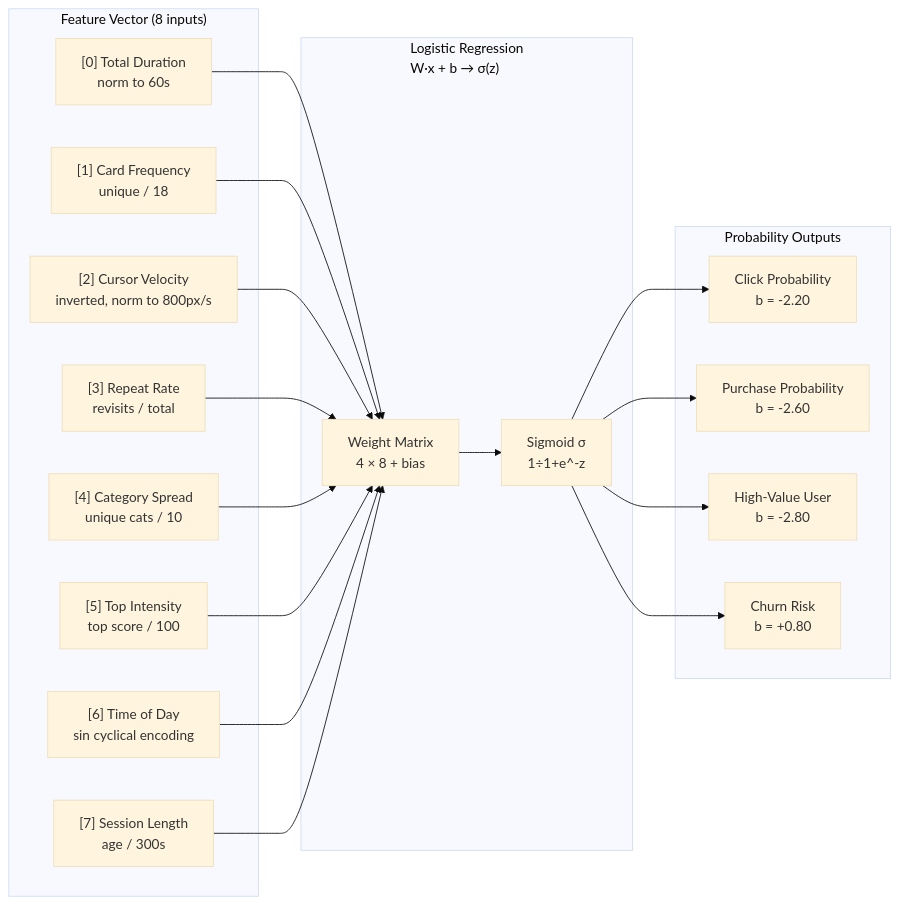
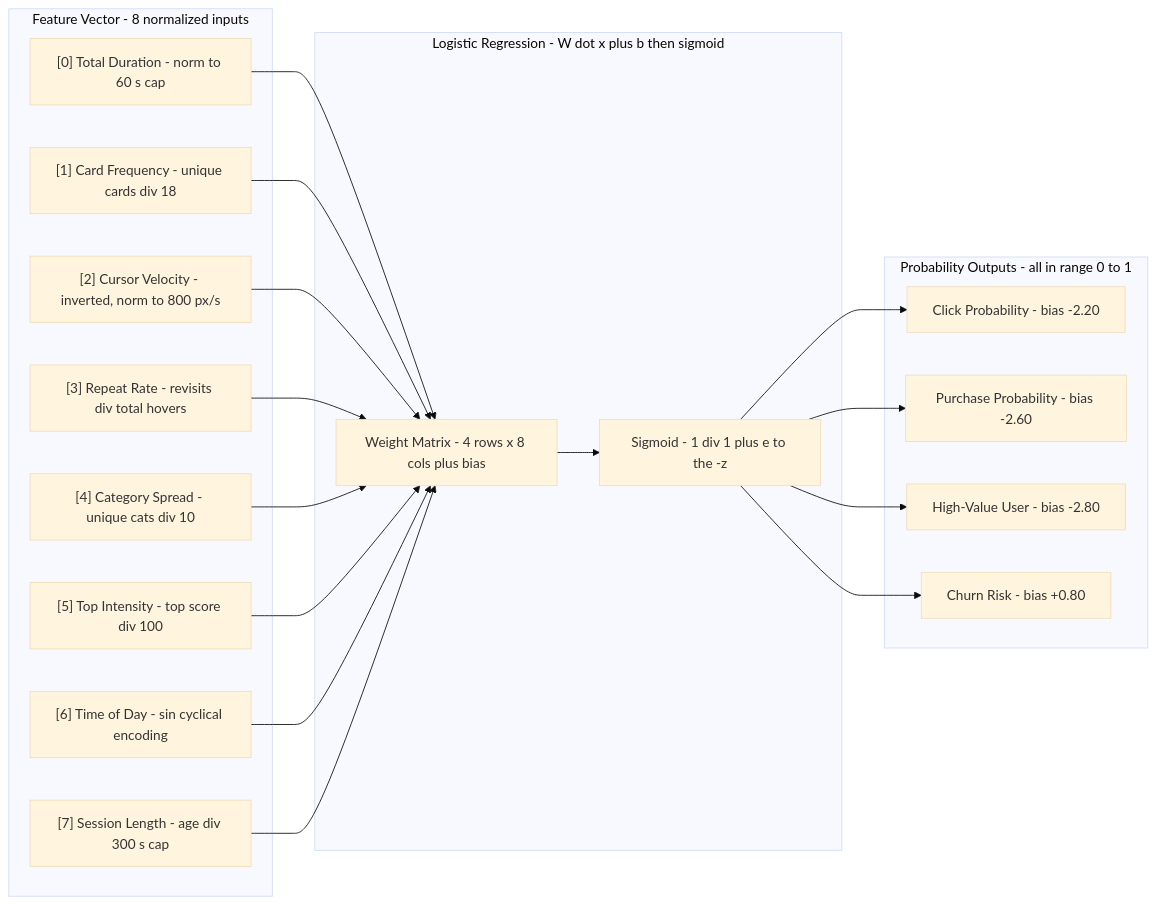
The third of 5 diagrams in README.md (hkevin01/HoverSense), drawn with Mermaid (base theme) before and after one commit. The commit also changed other lines of this file, not shown here.

````diff
--- a/README.md
+++ b/README.md
@@ -203,29 +260,36 @@
 ```mermaid
 graph LR
-    subgraph Features ["Feature Vector (8 inputs)"]
-        F0["[0] Total Duration\nnorm to 60s"]
-        F1["[1] Card Frequency\nunique / 18"]
-        F2["[2] Cursor Velocity\ninverted, norm to 800px/s"]
-        F3["[3] Repeat Rate\nrevisits / total"]
-        F4["[4] Category Spread\nunique cats / 10"]
-        F5["[5] Top Intensity\ntop score / 100"]
-        F6["[6] Time of Day\nsin cyclical encoding"]
-        F7["[7] Session Length\nage / 300s"]
+    subgraph Features ["Feature Vector - 8 normalized inputs"]
+        F0["[0] Total Duration - norm to 60 s cap"]
+        F1["[1] Card Frequency - unique cards div 18"]
+        F2["[2] Cursor Velocity - inverted, norm to 800 px/s"]
+        F3["[3] Repeat Rate - revisits div total hovers"]
+        F4["[4] Category Spread - unique cats div 10"]
+        F5["[5] Top Intensity - top score div 100"]
+        F6["[6] Time of Day - sin cyclical encoding"]
+        F7["[7] Session Length - age div 300 s cap"]
     end
-
-    subgraph Model ["Logistic Regression\nW·x + b → σ(z)"]
-        W[Weight Matrix\n4 × 8 + bias]
-        S[Sigmoid σ\n1÷1+e^-z]
+    subgraph Model_Core ["Logistic Regression - W dot x plus b then sigmoid"]
+        W["Weight Matrix - 4 rows x 8 cols plus bias"]
+        S["Sigmoid - 1 div 1 plus e to the -z"]
     end
-
-    subgraph Outputs ["Probability Outputs"]
-        O1["Click Probability\nb = -2.20"]
-        O2["Purchase Probability\nb = -2.60"]
-        O3["High-Value User\nb = -2.80"]
-        O4["Churn Risk\nb = +0.80"]
+    subgraph Outputs ["Probability Outputs - all in range 0 to 1"]
+        O1["Click Probability - bias -2.20"]
+        O2["Purchase Probability - bias -2.60"]
+        O3["High-Value User - bias -2.80"]
+        O4["Churn Risk - bias +0.80"]
     end
-
-    F0 & F1 & F2 & F3 & F4 & F5 & F6 & F7 --> W
+    F0 --> W
+    F1 --> W
+    F2 --> W
+    F3 --> W
+    F4 --> W
+    F5 --> W
+    F6 --> W
+    F7 --> W
     W --> S
-    S --> O1 & O2 & O3 & O4
+    S --> O1
+    S --> O2
+    S --> O3
+    S --> O4
 ```
````
